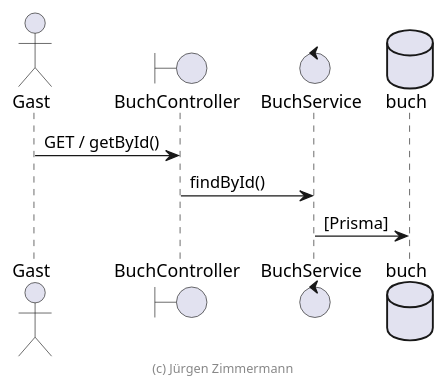
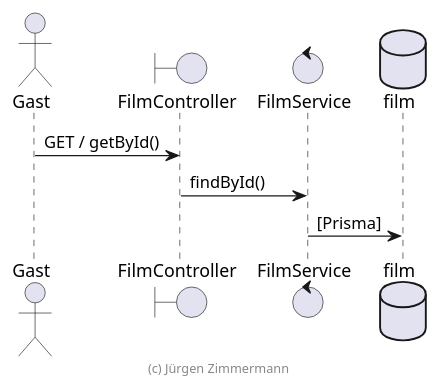
One commit to dilaradg/Filmify changed the diagram in .extras/doc/projekthandbuch/sequenzdiagramm.plantuml. Above: the diagram before and after it, drawn with PlantUML. The commit also changed 6 other files, not shown here.

Commit message:
Update project documentation: replace Book diagrams with Film diagrams (ER, sequence, components, use cases)

```diff
--- a/.extras/doc/projekthandbuch/sequenzdiagramm.plantuml
+++ b/.extras/doc/projekthandbuch/sequenzdiagramm.plantuml
@@ -18,15 +18,15 @@
 @startuml Sequenzdiagramm
 
 actor Gast
 
-boundary BuchController
-control BuchService
-database buch
+boundary FilmController
+control FilmService
+database film
 
-Gast -> BuchController : GET / getById()
-BuchController -> BuchService: findById()
-BuchService -> buch: [Prisma]
+Gast -> FilmController : GET / getById()
+FilmController -> FilmService: findById()
+FilmService -> film: [Prisma]
 
 footer (c) Jürgen Zimmermann
 
 @enduml
```
